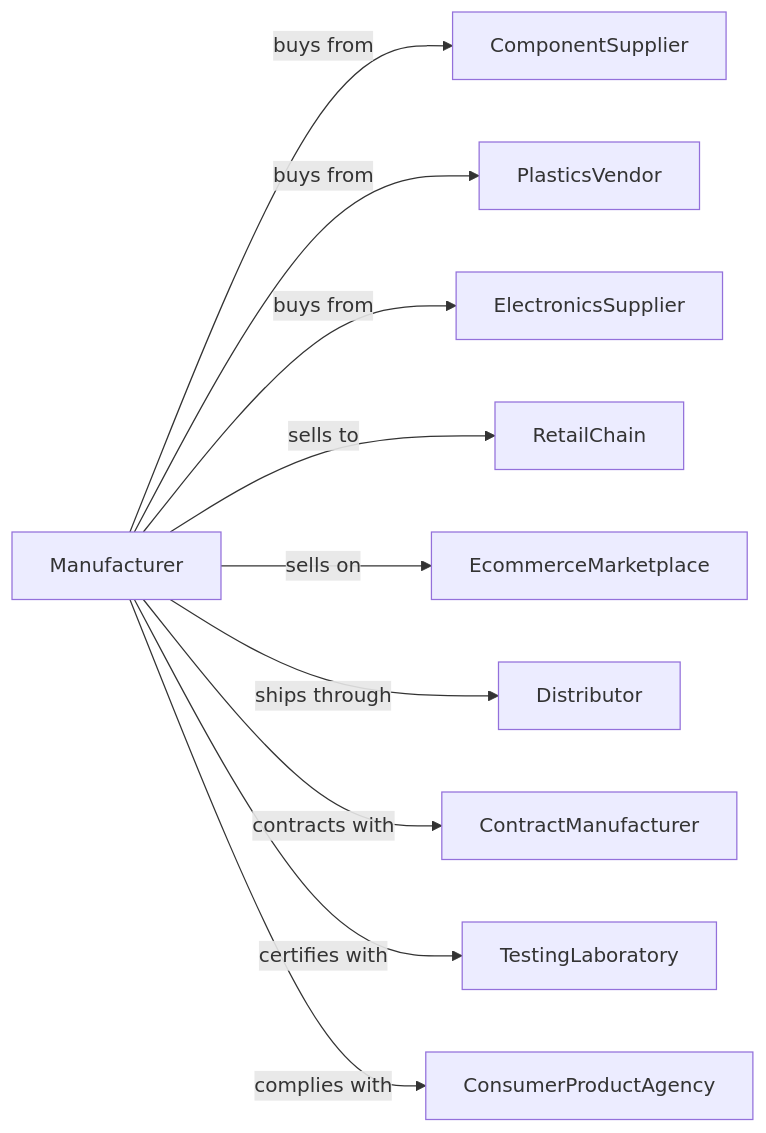
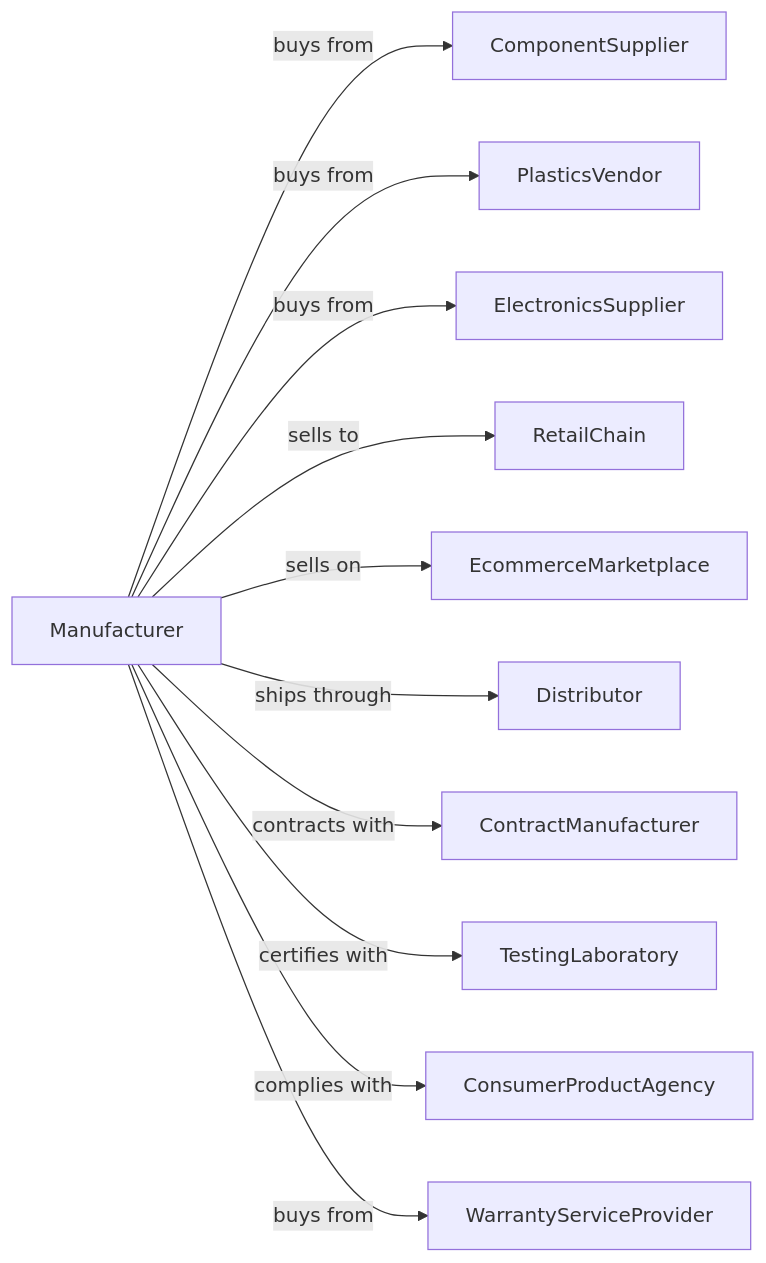
One commit to dot-org-ai/industries.org.ai changed the second of 2 diagrams in Manufacturing/ElectricalEquipmentApplianceAndComponentManufacturing/HouseholdApplianceManufacturing/SmallElectricalApplianceManufacturing.mdx. Above: the diagram before and after it, drawn with Mermaid. The commit also changed 588 other files, not shown here.

````diff
--- a/Manufacturing/ElectricalEquipmentApplianceAndComponentManufacturing/HouseholdApplianceManufacturing/SmallElectricalApplianceManufacturing.mdx
+++ b/Manufacturing/ElectricalEquipmentApplianceAndComponentManufacturing/HouseholdApplianceManufacturing/SmallElectricalApplianceManufacturing.mdx
@@ -139,14 +139,15 @@
 ```mermaid
 graph LR
     M[Manufacturer]
 
     M -->|buys from| ComponentSupplier
     M -->|buys from| PlasticsVendor
     M -->|buys from| ElectronicsSupplier
     M -->|sells to| RetailChain
     M -->|sells on| EcommerceMarketplace
     M -->|ships through| Distributor
     M -->|contracts with| ContractManufacturer
     M -->|certifies with| TestingLaboratory
     M -->|complies with| ConsumerProductAgency
+    M -->|buys from| WarrantyServiceProvider
 ```
````
